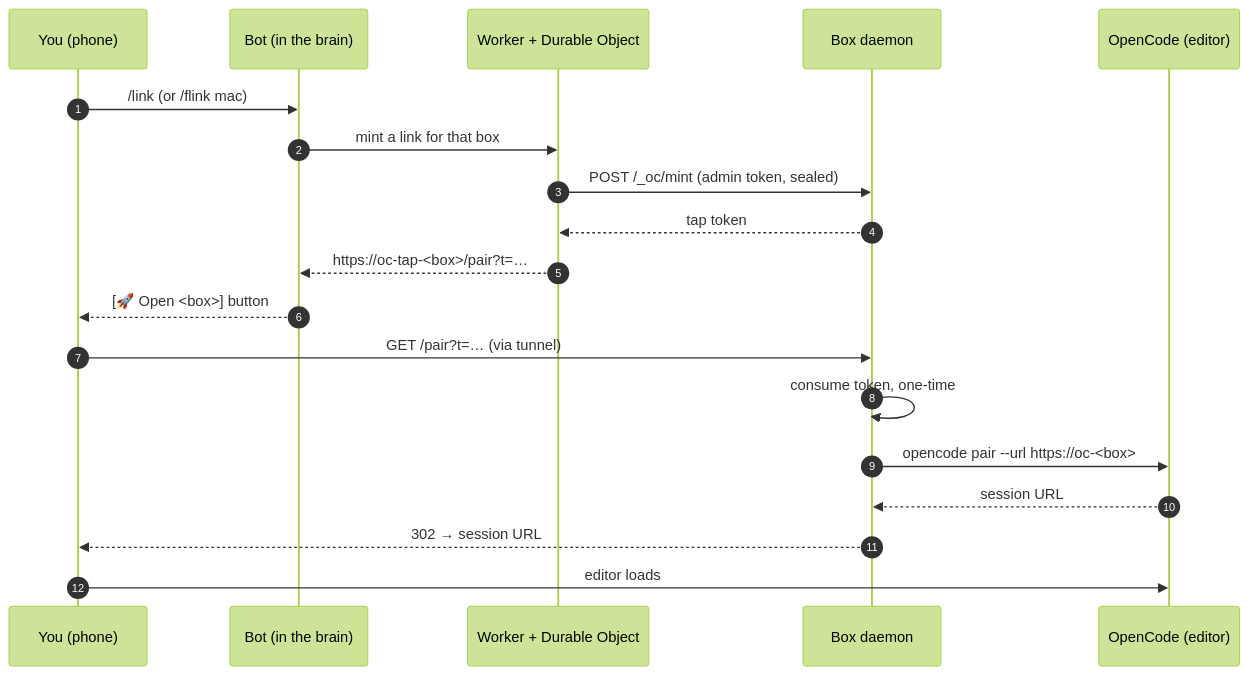
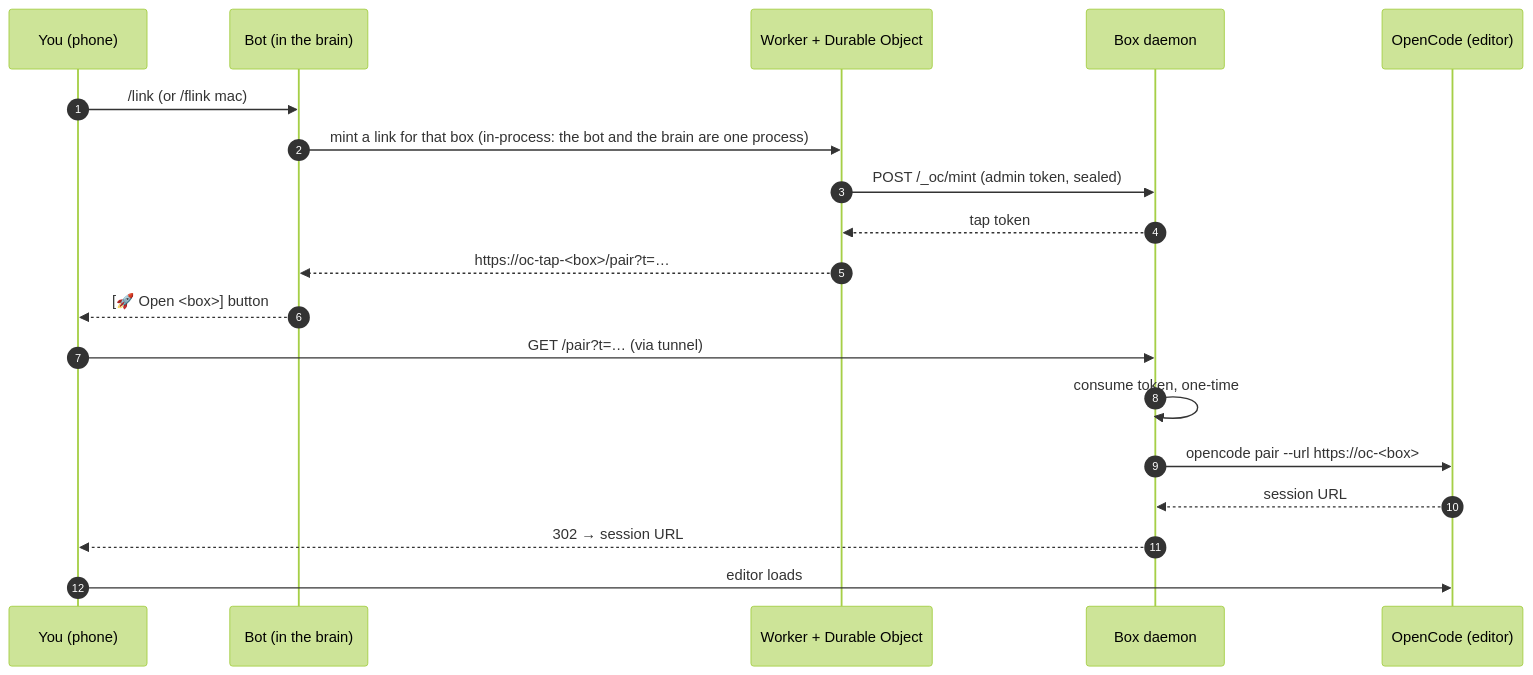
The second of 4 diagrams in docs/architecture.md (mfenderov/ocd), drawn with Mermaid (forest theme) before and after one commit. The commit also changed other lines of this file and 3 other files, not shown here.

````diff
--- a/docs/architecture.md
+++ b/docs/architecture.md
@@ -66,22 +66,22 @@
 ```mermaid
 sequenceDiagram
   autonumber
   participant Y as You (phone)
   participant B as Bot (in the brain)
   participant W as Worker + Durable Object
   participant X as Box daemon
   participant O as OpenCode (editor)
 
   Y->>B: /link  (or /flink mac)
-  B->>W: mint a link for that box
+  B->>W: mint a link for that box (in-process: the bot and the brain are one process)
   W->>X: POST /_oc/mint  (admin token, sealed)
   X-->>W: tap token
   W-->>B: https://oc-tap-<box>/pair?t=…
   B-->>Y: [🚀 Open <box>] button
   Y->>X: GET /pair?t=…  (via tunnel)
   X->>X: consume token, one-time
   X->>O: opencode pair --url https://oc-<box>
   O-->>X: session URL
   X-->>Y: 302 → session URL
   Y->>O: editor loads
 ```
````
